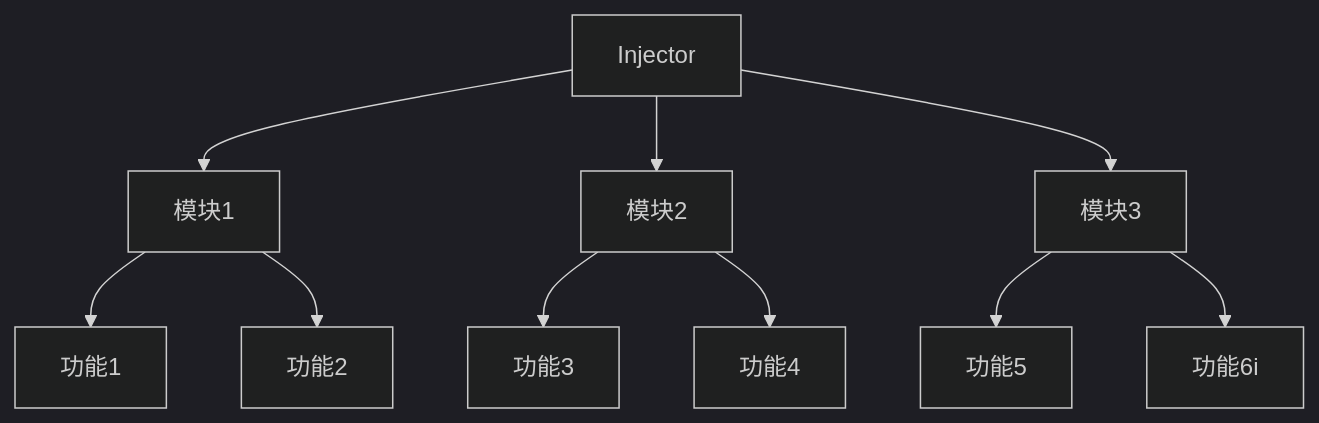
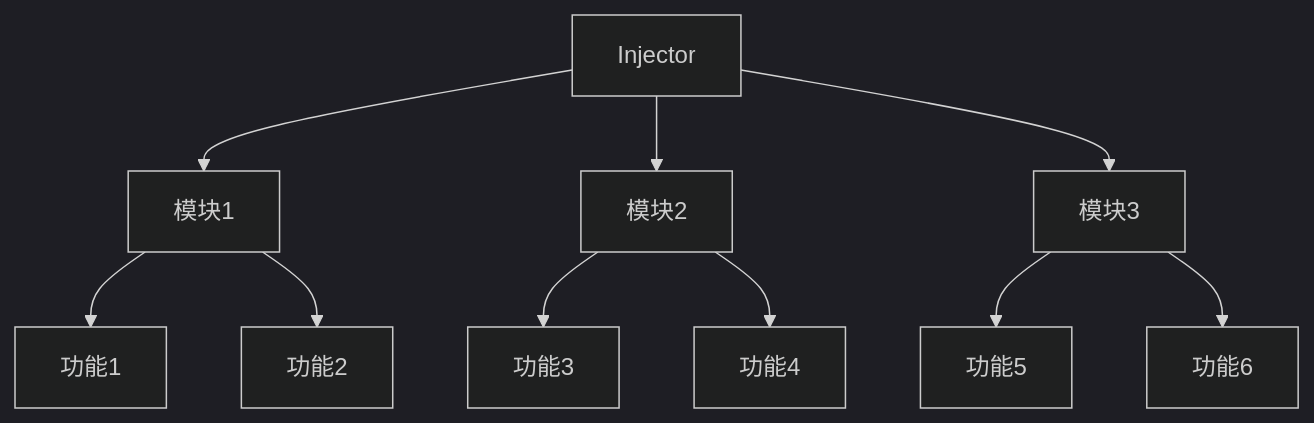
Before and after one commit to YuJianghao/bpmn-js-doc: the first of 3 diagrams in docs/diagram-js/index.md, drawn with Mermaid (dark theme).

Commit message:
chore: fix typo

````diff
--- a/docs/diagram-js/index.md
+++ b/docs/diagram-js/index.md
@@ -24,12 +24,12 @@
 ```mermaid
 flowchart TD;
     Injector-->模块1
     Injector-->模块2
     Injector-->模块3
     模块1-->功能1
     模块1-->功能2
     模块2-->功能3
     模块2-->功能4
     模块3-->功能5
-    模块3-->功能6i
+    模块3-->功能6
 ```
````
